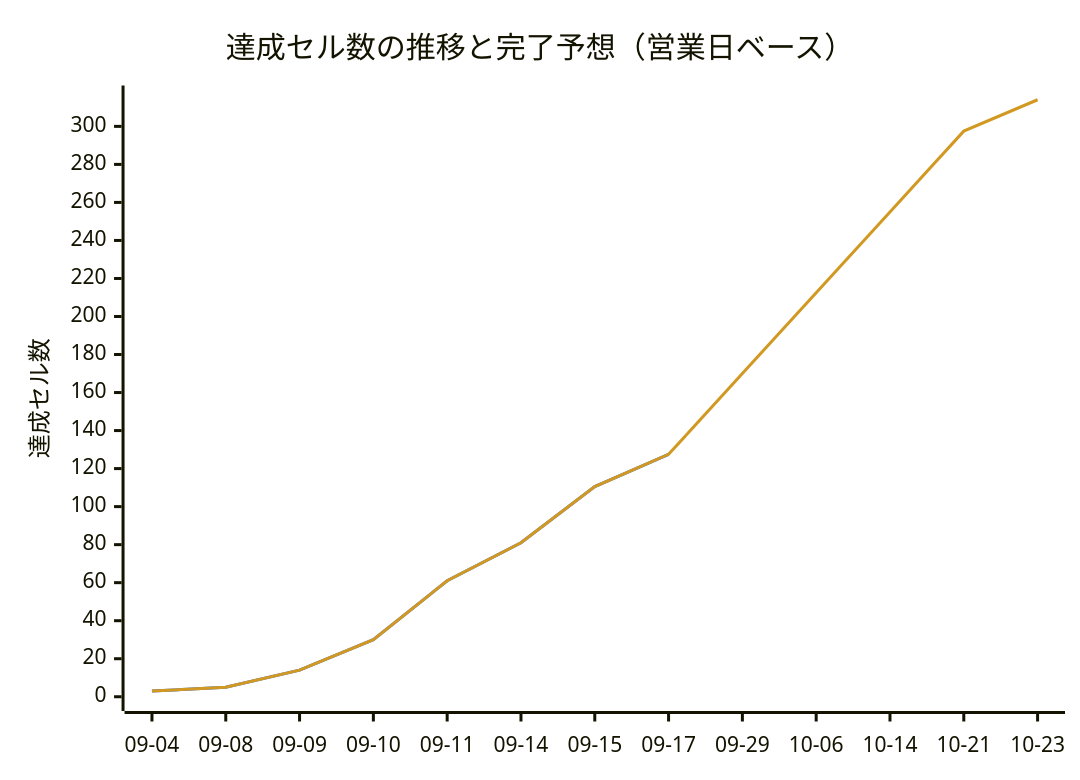
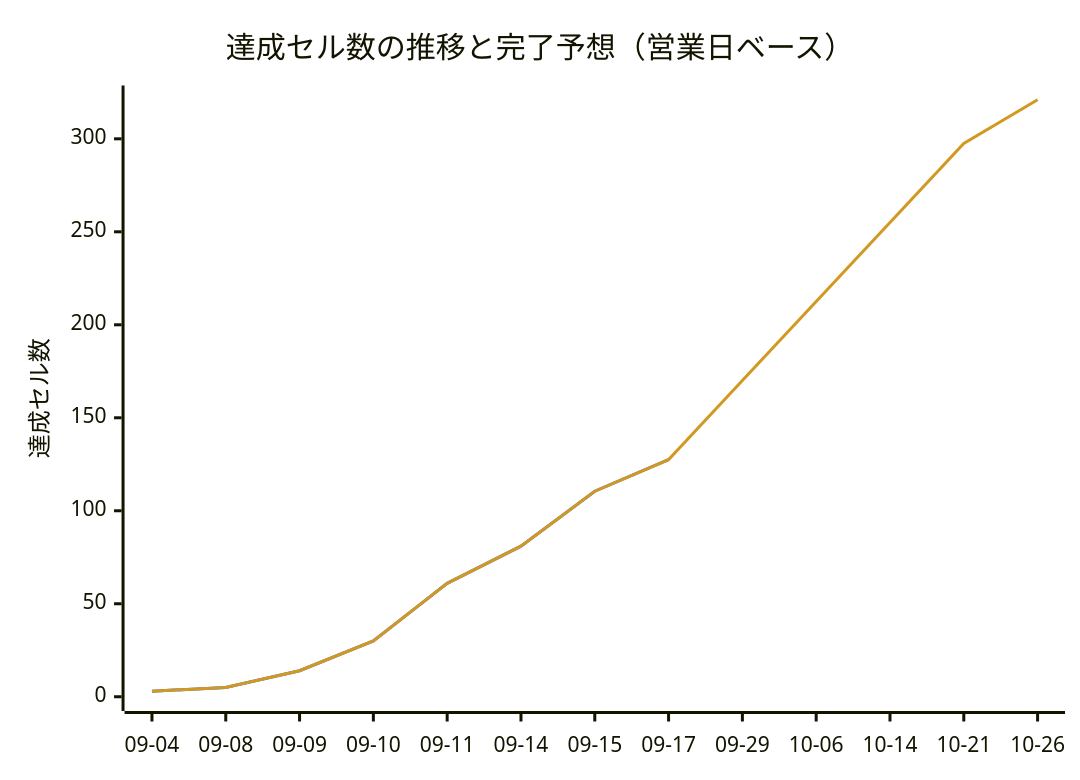
One commit to yoshihisatanaka/Pre-Market_Trading_frontend changed the diagram in docs/progress.md. Above: the diagram before and after it, drawn with Mermaid. The commit also changed other lines of this file and 2 other files, not shown here.

````diff
--- a/docs/progress.md
+++ b/docs/progress.md
@@ -233,9 +235,9 @@
 ```mermaid
 %%{init: {"themeVariables": {"xyChart": {"plotColorPalette": "#2f6feb, #d29922"}}}}%%
 xychart-beta
     title "達成セル数の推移と完了予想（営業日ベース）"
-    x-axis ["09-04", "09-08", "09-09", "09-10", "09-11", "09-14", "09-15", "09-17", "09-29", "10-06", "10-14", "10-21", "10-23"]
-    y-axis "達成セル数" 0 --> 314
+    x-axis ["09-04", "09-08", "09-09", "09-10", "09-11", "09-14", "09-15", "09-17", "09-29", "10-06", "10-14", "10-21", "10-26"]
+    y-axis "達成セル数" 0 --> 321
     line [3, 5, 14, 30, 61, 81, 110.5, 127.5]
-    line [3, 5, 14, 30, 61, 81, 110.5, 127.5, 170, 212.5, 255, 297.5, 314]
+    line [3, 5, 14, 30, 61, 81, 110.5, 127.5, 170, 212.5, 255, 297.5, 321]
 ```
````
